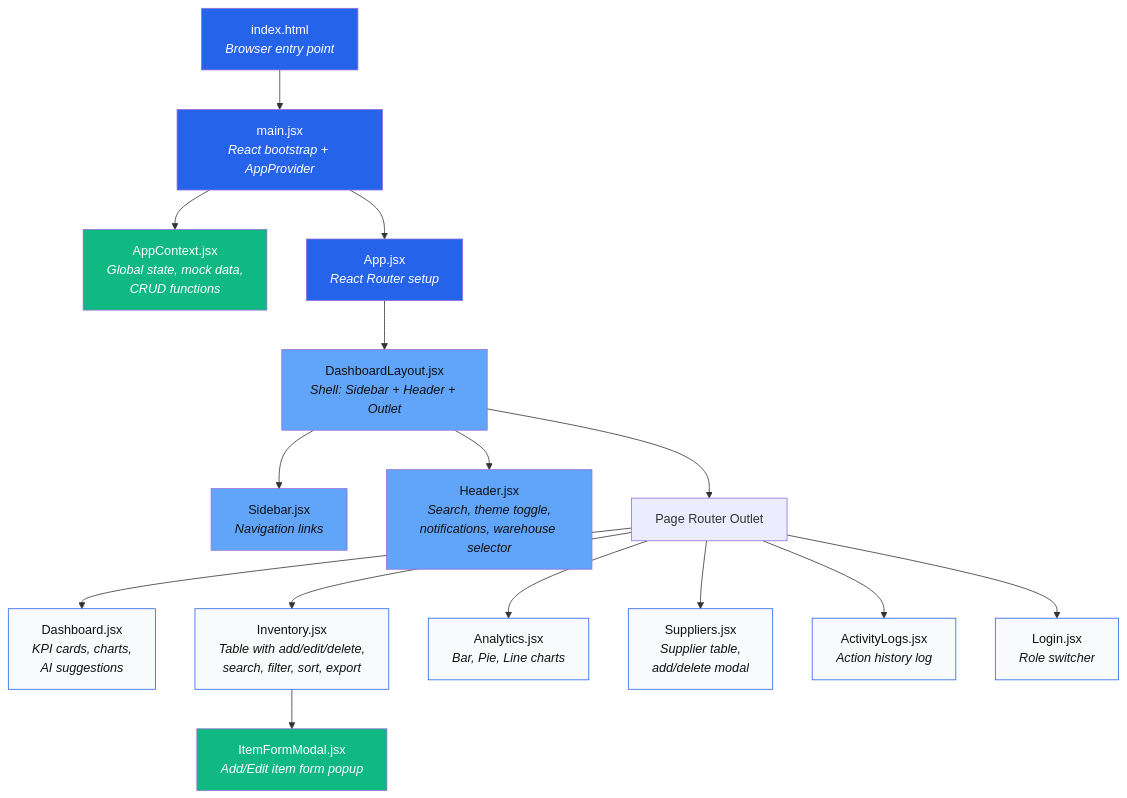
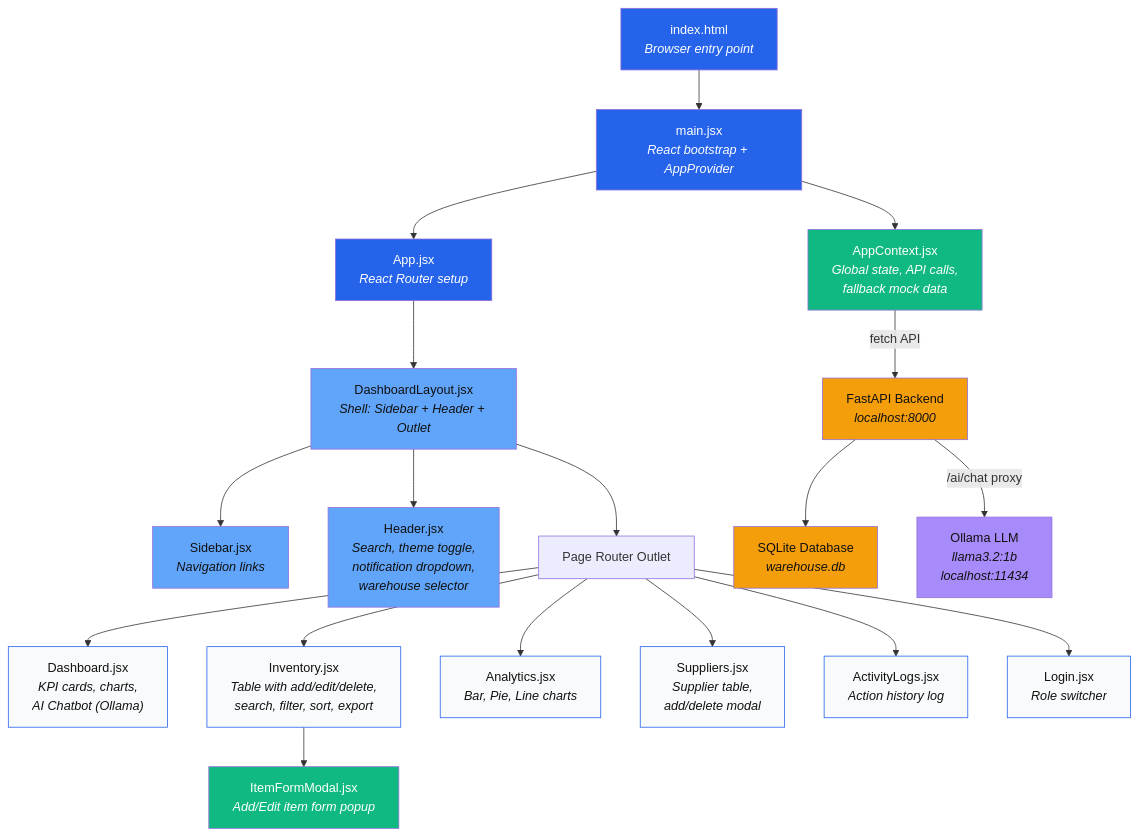
Before and after one commit to Divyanshibhatt/H2Shackthon: the first of 3 diagrams in my-react-app/project_architecture.md, drawn with Mermaid. The commit also changed other lines of this file and 14 other files, not shown here.

Commit message:
feat: implement notification dropdown for low-stock alerts and add Ollama AI proxy endpoint

````diff
--- a/my-react-app/project_architecture.md
+++ b/my-react-app/project_architecture.md
@@ -5,35 +5,42 @@
 ```mermaid
 graph TD
     A["index.html<br/><i>Browser entry point</i>"] --> B["main.jsx<br/><i>React bootstrap + AppProvider</i>"]
-    B --> C["AppContext.jsx<br/><i>Global state, mock data,<br/>CRUD functions</i>"]
+    B --> C["AppContext.jsx<br/><i>Global state, API calls,<br/>fallback mock data</i>"]
     B --> D["App.jsx<br/><i>React Router setup</i>"]
     D --> E["DashboardLayout.jsx<br/><i>Shell: Sidebar + Header + Outlet</i>"]
 
     E --> F["Sidebar.jsx<br/><i>Navigation links</i>"]
-    E --> G["Header.jsx<br/><i>Search, theme toggle,<br/>notifications, warehouse selector</i>"]
+    E --> G["Header.jsx<br/><i>Search, theme toggle,<br/>notification dropdown,<br/>warehouse selector</i>"]
     E --> H["Page Router Outlet"]
 
-    H --> I["Dashboard.jsx<br/><i>KPI cards, charts,<br/>AI suggestions</i>"]
+    H --> I["Dashboard.jsx<br/><i>KPI cards, charts,<br/>AI Chatbot (Ollama)</i>"]
     H --> J["Inventory.jsx<br/><i>Table with add/edit/delete,<br/>search, filter, sort, export</i>"]
     H --> K["Analytics.jsx<br/><i>Bar, Pie, Line charts</i>"]
     H --> L["Suppliers.jsx<br/><i>Supplier table,<br/>add/delete modal</i>"]
     H --> M["ActivityLogs.jsx<br/><i>Action history log</i>"]
     H --> N["Login.jsx<br/><i>Role switcher</i>"]
 
     J --> O["ItemFormModal.jsx<br/><i>Add/Edit item form popup</i>"]
+
+    C -->|"fetch API"| P["FastAPI Backend<br/><i>localhost:8000</i>"]
+    P --> Q["SQLite Database<br/><i>warehouse.db</i>"]
+    P -->|"/ai/chat proxy"| R["Ollama LLM<br/><i>llama3.2:1b<br/>localhost:11434</i>"]
 
     style A fill:#2563EB,color:#fff
     style B fill:#2563EB,color:#fff
     style C fill:#10B981,color:#fff
     style D fill:#2563EB,color:#fff
     style E fill:#60A5FA,color:#111
     style F fill:#60A5FA,color:#111
     style G fill:#60A5FA,color:#111
     style I fill:#F9FAFB,color:#111,stroke:#2563EB
     style J fill:#F9FAFB,color:#111,stroke:#2563EB
     style K fill:#F9FAFB,color:#111,stroke:#2563EB
     style L fill:#F9FAFB,color:#111,stroke:#2563EB
     style M fill:#F9FAFB,color:#111,stroke:#2563EB
     style N fill:#F9FAFB,color:#111,stroke:#2563EB
     style O fill:#10B981,color:#fff
+    style P fill:#f59e0b,color:#111
+    style Q fill:#f59e0b,color:#111
+    style R fill:#a78bfa,color:#111
 ```
````
